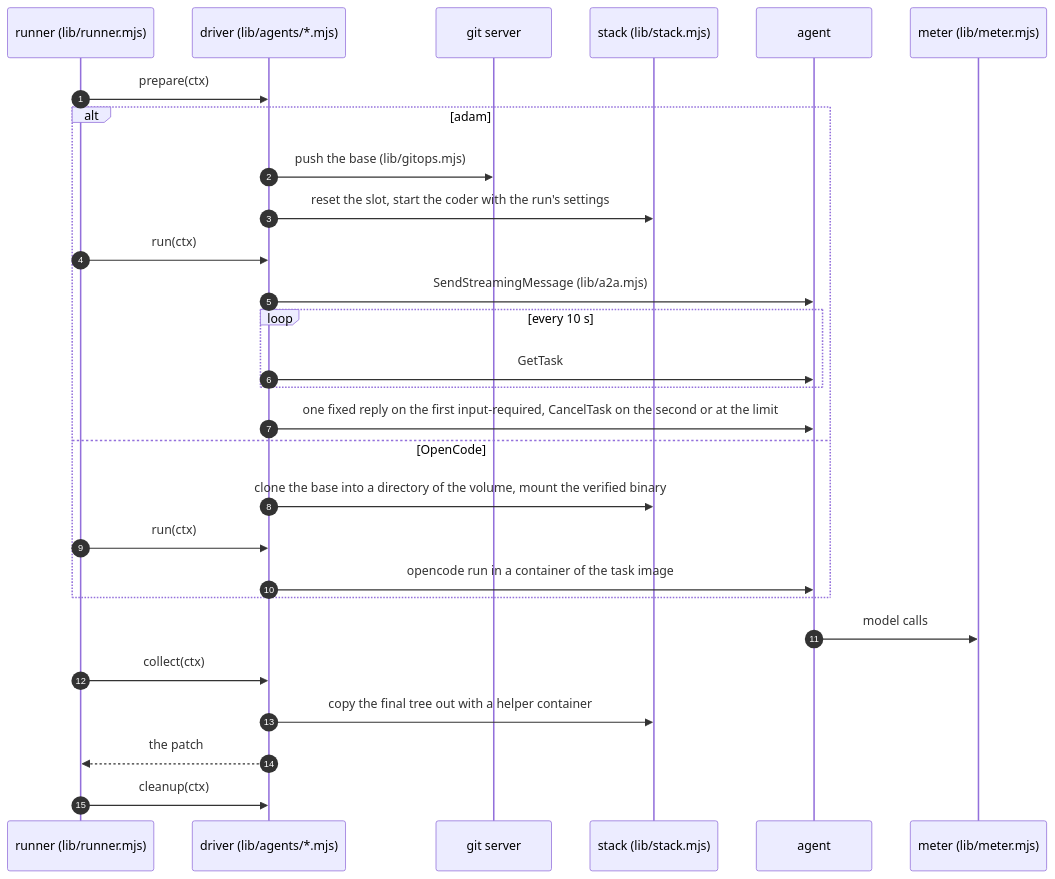
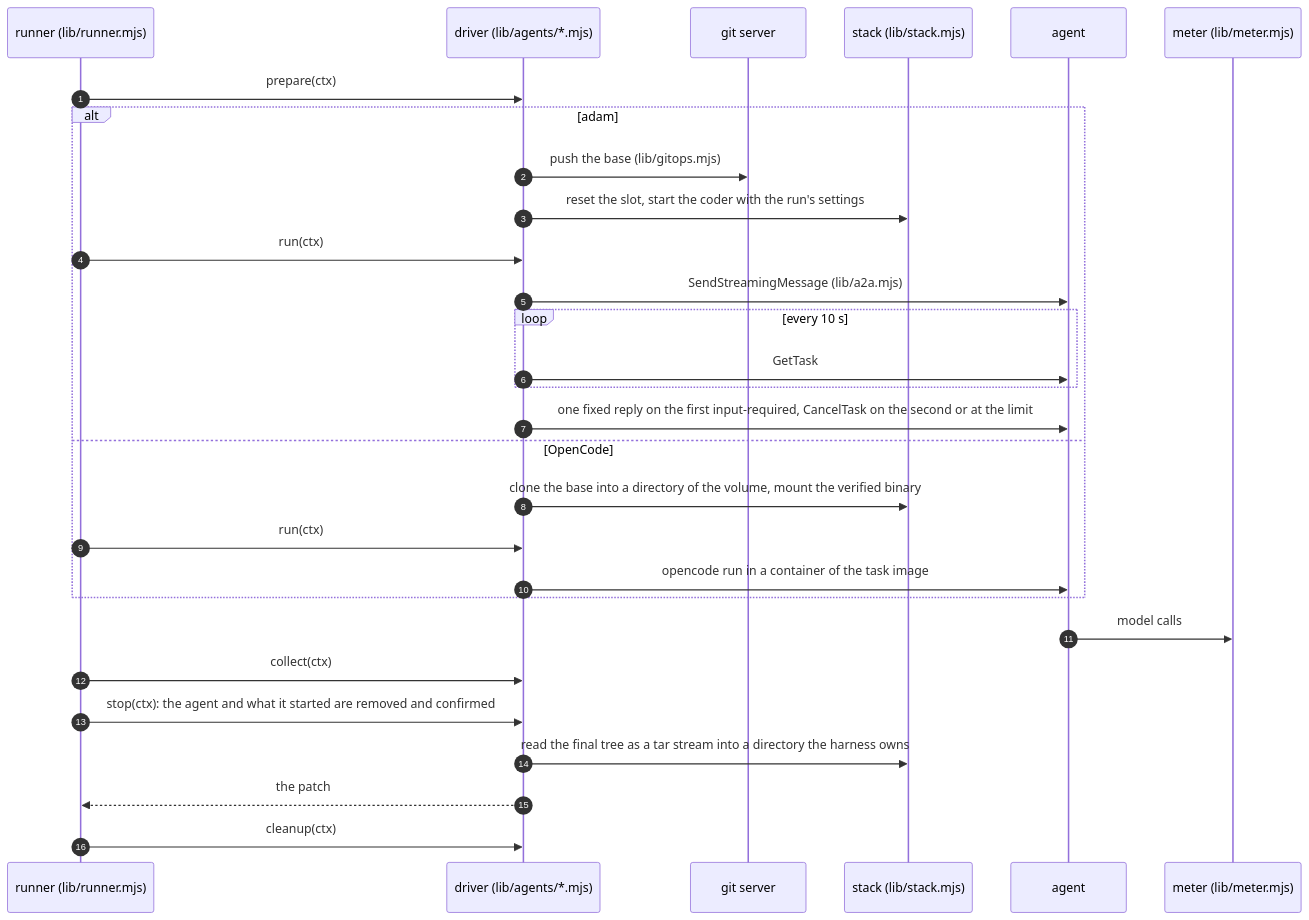
The third of 3 diagrams in bench/README.md (vymalo/another-adam-rs), drawn with Mermaid before and after one commit. The commit also changed other lines of this file and 1 other file, not shown here.

First line of the commit message:
docs(bench): what the host trusts, the networks as built, the review's decisions

````diff
--- a/bench/README.md
+++ b/bench/README.md
@@ -458,30 +511,31 @@
 ```mermaid
 sequenceDiagram
     autonumber
     participant R as runner (lib/runner.mjs)
     participant D as driver (lib/agents/*.mjs)
     participant G as git server
     participant S as stack (lib/stack.mjs)
     participant A as agent
     participant M as meter (lib/meter.mjs)
     R->>D: prepare(ctx)
     alt adam
         D->>G: push the base (lib/gitops.mjs)
         D->>S: reset the slot, start the coder with the run's settings
         R->>D: run(ctx)
         D->>A: SendStreamingMessage (lib/a2a.mjs)
         loop every 10 s
             D->>A: GetTask
         end
         D->>A: one fixed reply on the first input-required, CancelTask on the second or at the limit
     else OpenCode
         D->>S: clone the base into a directory of the volume, mount the verified binary
         R->>D: run(ctx)
         D->>A: opencode run in a container of the task image
     end
     A->>M: model calls
     R->>D: collect(ctx)
-    D->>S: copy the final tree out with a helper container
+    R->>D: stop(ctx): the agent and what it started are removed and confirmed
+    D->>S: read the final tree as a tar stream into a directory the harness owns
     D-->>R: the patch
     R->>D: cleanup(ctx)
 ```
````
